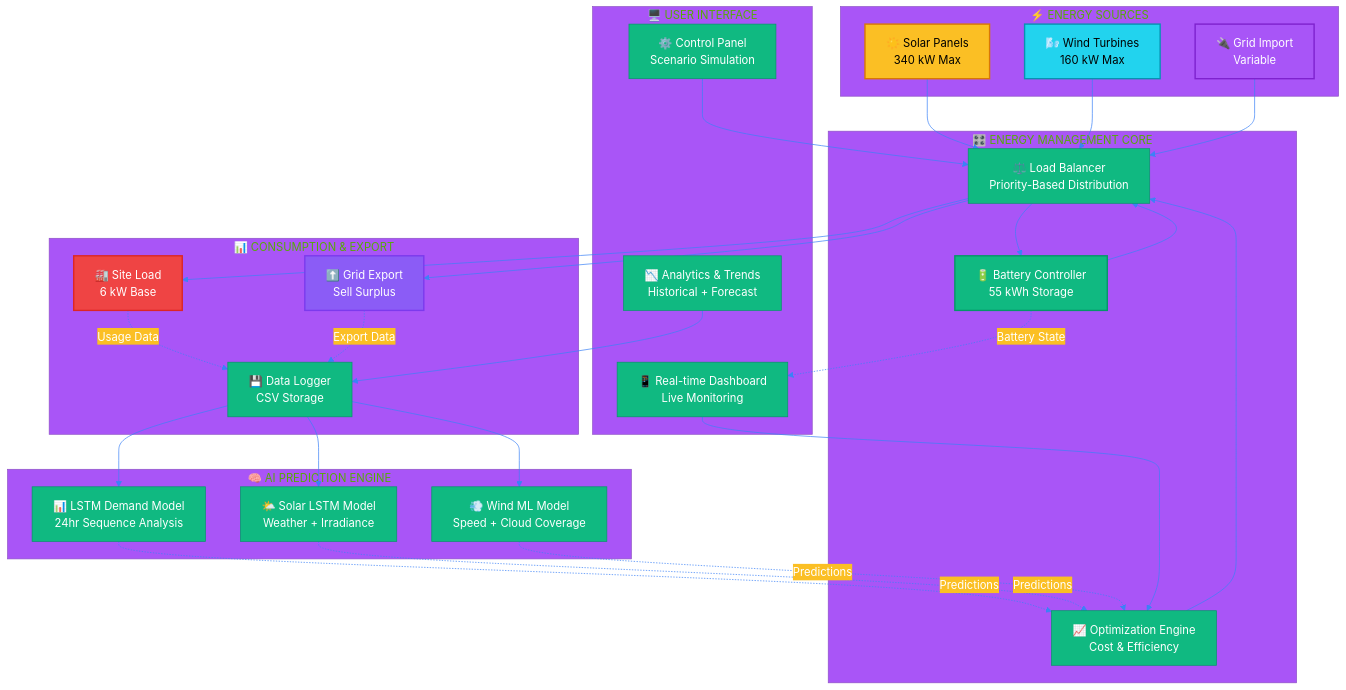
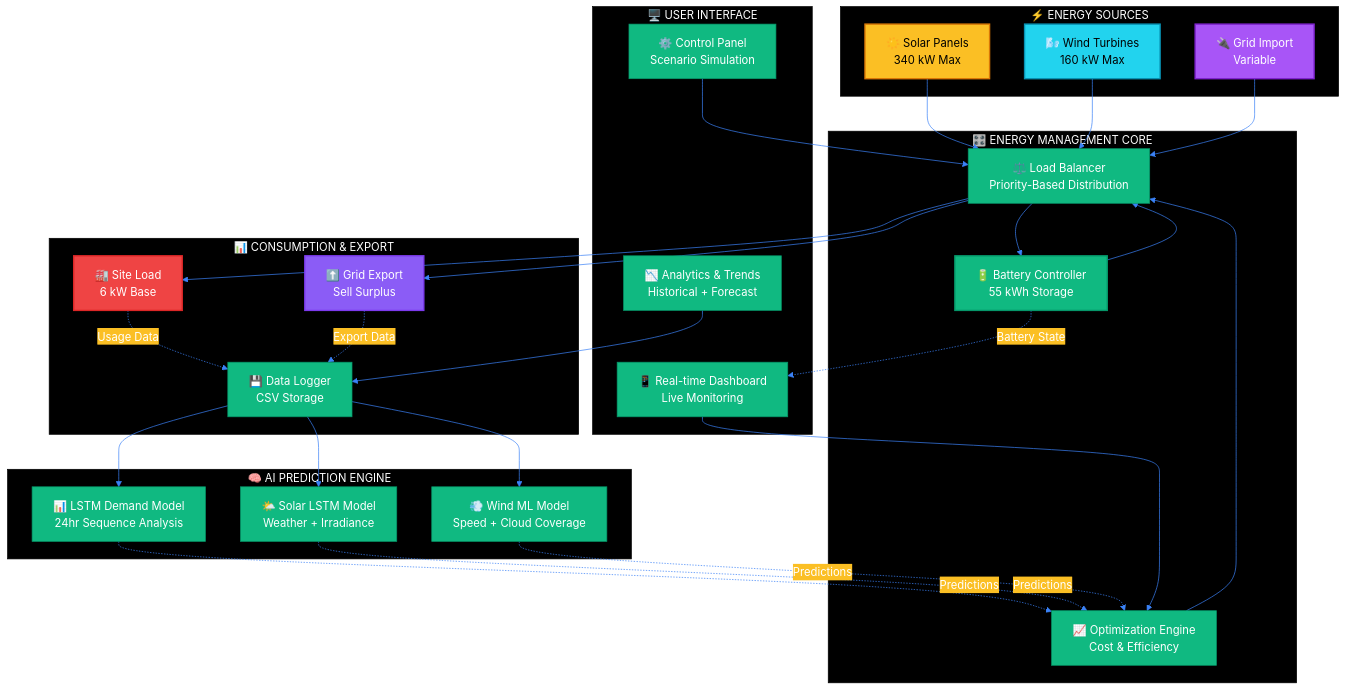
Before and after one commit to Alapan18/green-pulse: the first of 2 diagrams in README.md, drawn with Mermaid.

````diff
--- a/README.md
+++ b/README.md
@@ -85,67 +85,67 @@
 ```mermaid
-%%{init: {'theme':'base', 'themeVariables': { 'primaryColor':'#10b981','primaryTextColor':'#fff','primaryBorderColor':'#059669','lineColor':'#3b82f6','secondaryColor':'#fbbf24','tertiaryColor':'#a955f7'}}}%%
+%%{init: {'theme':'base', 'themeVariables': { 'primaryColor':'#10b981','primaryTextColor':'#fff','primaryBorderColor':'#059669','lineColor':'#3b82f6','secondaryColor':'#fbbf24','tertiaryColor':'#000000'}}}%%
 
 flowchart TB
     subgraph "⚡ ENERGY SOURCES"
         A1[☀️ Solar Panels<br/>340 kW Max]
         A2[🌬️ Wind Turbines<br/>160 kW Max]
         A3[🔌 Grid Import<br/>Variable]
     end
     
     subgraph "🧠 AI PREDICTION ENGINE"
         B1[📊 LSTM Demand Model<br/>24hr Sequence Analysis]
         B2[🌤️ Solar LSTM Model<br/>Weather + Irradiance]
         B3[💨 Wind ML Model<br/>Speed + Cloud Coverage]
     end
     
     subgraph "🎛️ ENERGY MANAGEMENT CORE"
         C1[⚖️ Load Balancer<br/>Priority-Based Distribution]
         C2[🔋 Battery Controller<br/>55 kWh Storage]
         C3[📈 Optimization Engine<br/>Cost & Efficiency]
     end
     
     subgraph "📊 CONSUMPTION & EXPORT"
         D1[🏭 Site Load<br/>6 kW Base]
         D2[⬆️ Grid Export<br/>Sell Surplus]
         D3[💾 Data Logger<br/>CSV Storage]
     end
     
     subgraph "🖥️ USER INTERFACE"
         E1[📱 Real-time Dashboard<br/>Live Monitoring]
         E2[📉 Analytics & Trends<br/>Historical + Forecast]
         E3[⚙️ Control Panel<br/>Scenario Simulation]
     end
 
     A1 --> C1
     A2 --> C1
     A3 --> C1
     
     B1 -.->|Predictions| C3
     B2 -.->|Predictions| C3
     B3 -.->|Predictions| C3
     
     C1 --> C2
     C2 --> C1
     C1 --> D1
     C1 --> D2
     
     C3 --> C1
     D3 --> B1
     D3 --> B2
     D3 --> B3
     
     E1 --> C3
     E2 --> D3
     E3 --> C1
     
     D1 -.->|Usage Data| D3
     D2 -.->|Export Data| D3
     C2 -.->|Battery State| E1
 
     style A1 fill:#fbbf24,stroke:#d97706,stroke-width:2px,color:#000
     style A2 fill:#22d3ee,stroke:#0891b2,stroke-width:2px,color:#000
     style A3 fill:#a855f7,stroke:#7e22ce,stroke-width:2px,color:#fff
     style C2 fill:#10b981,stroke:#059669,stroke-width:2px,color:#fff
     style D1 fill:#ef4444,stroke:#dc2626,stroke-width:2px,color:#fff
     style D2 fill:#8b5cf6,stroke:#7c3aed,stroke-width:2px,color:#fff
 ```
````
